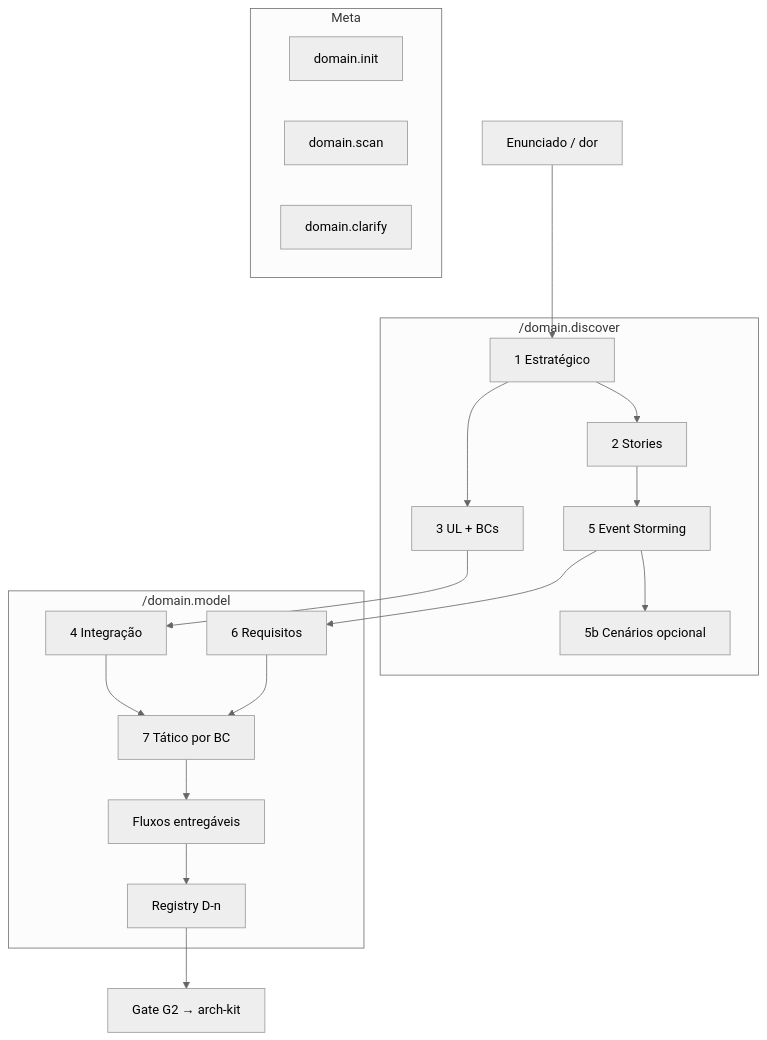
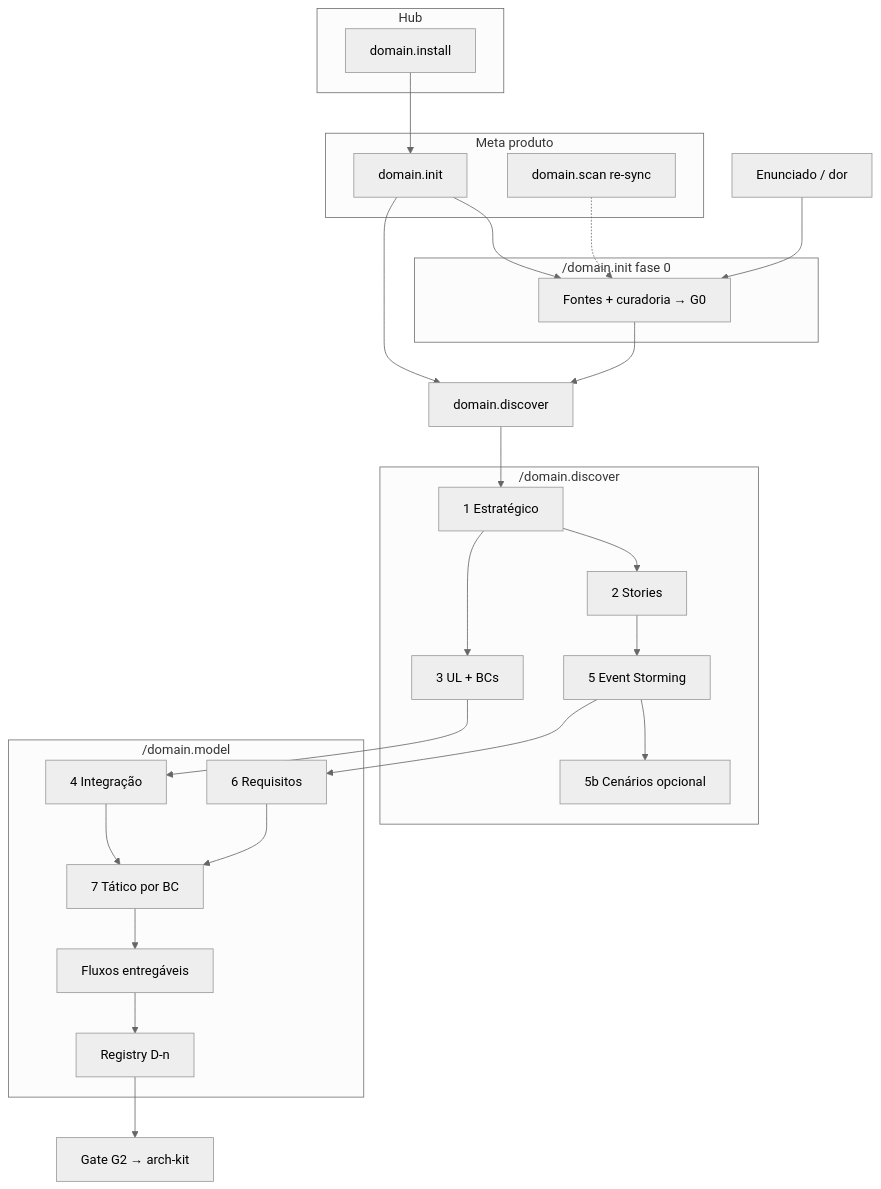
Before and after one commit to DudaMoresco/work-kit: the diagram in domain-kit/references/pipeline.md, drawn with Mermaid (neutral theme). The commit also changed other lines of this file and 57 other files, not shown here.

````diff
--- a/domain-kit/references/pipeline.md
+++ b/domain-kit/references/pipeline.md
@@ -29,34 +32,45 @@
 ```mermaid
 flowchart TB
-  subgraph meta [Meta]
+  subgraph hub [Hub]
+    INS[domain.install]
+  end
+  subgraph meta [Meta produto]
     INIT[domain.init]
-    SCAN[domain.scan]
-    CL[domain.clarify]
+    SCAN[domain.scan re-sync]
   end
   subgraph discover ["/domain.discover"]
     S1[1 Estratégico]
     S2[2 Stories]
     S5[5 Event Storming]
     S3[3 UL + BCs]
     S5b[5b Cenários opcional]
   end
+  subgraph initPhase ["/domain.init fase 0"]
+    F0[Fontes + curadoria → G0]
+  end
   subgraph model ["/domain.model"]
     S4[4 Integração]
     S6[6 Requisitos]
     S7[7 Tático por BC]
     FL[Fluxos entregáveis]
     REG[Registry D-n]
   end
-  EN[Enunciado / dor] --> S1
+  EN[Enunciado / dor] --> F0
+  INS --> INIT
+  INIT --> F0
+  F0 --> DISC[domain.discover]
+  SCAN -.-> F0
+  INIT --> DISC
+  DISC --> S1
   S1 --> S2
   S1 --> S3
   S2 --> S5
   S5 --> S5b
   S3 --> S4
   S5 --> S6
   S4 --> S7
   S6 --> S7
   S7 --> FL
   FL --> REG
   REG --> G2[Gate G2 → arch-kit]
 ```
````
